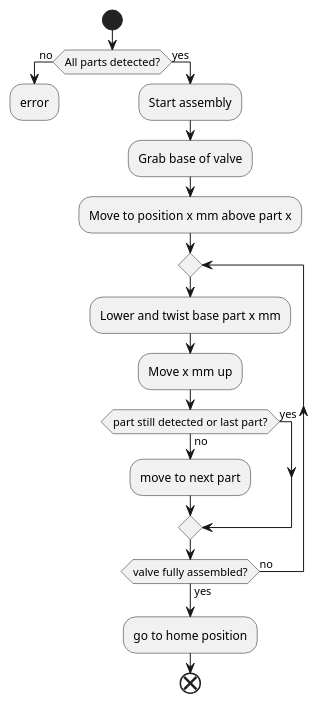
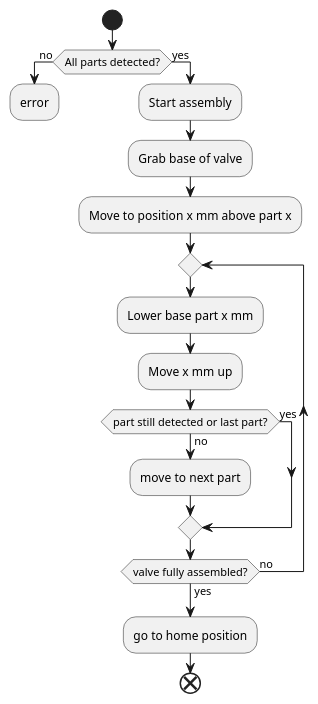
One commit to esther2022-byte/Process-and-Safety changed the diagram in src/proces_flowchart.md. Above: the diagram before and after it, drawn with PlantUML. The commit also changed 1 other file, not shown here.

Commit message:
Task list gemaakt (Mart, Michael)

````diff
--- a/src/proces_flowchart.md
+++ b/src/proces_flowchart.md
@@ -6,26 +6,26 @@
 ```plantuml
 @startuml
 
 start
 if (All parts detected?) then (no)
     :error;
     detach
 else (yes)
     :Start assembly;
     :Grab base of valve;
     :Move to position x mm above part x;
     repeat
-        :Lower and twist base part x mm;
+        :Lower base part x mm;
         :Move x mm up;
         if (part still detected or last part?) then (no)
             :move to next part;
         else (yes)
         endif
     repeat while (valve fully assembled?) is (no) not (yes)
 :go to home position;
 end
 
 @enduml
 
 
 ```
````
